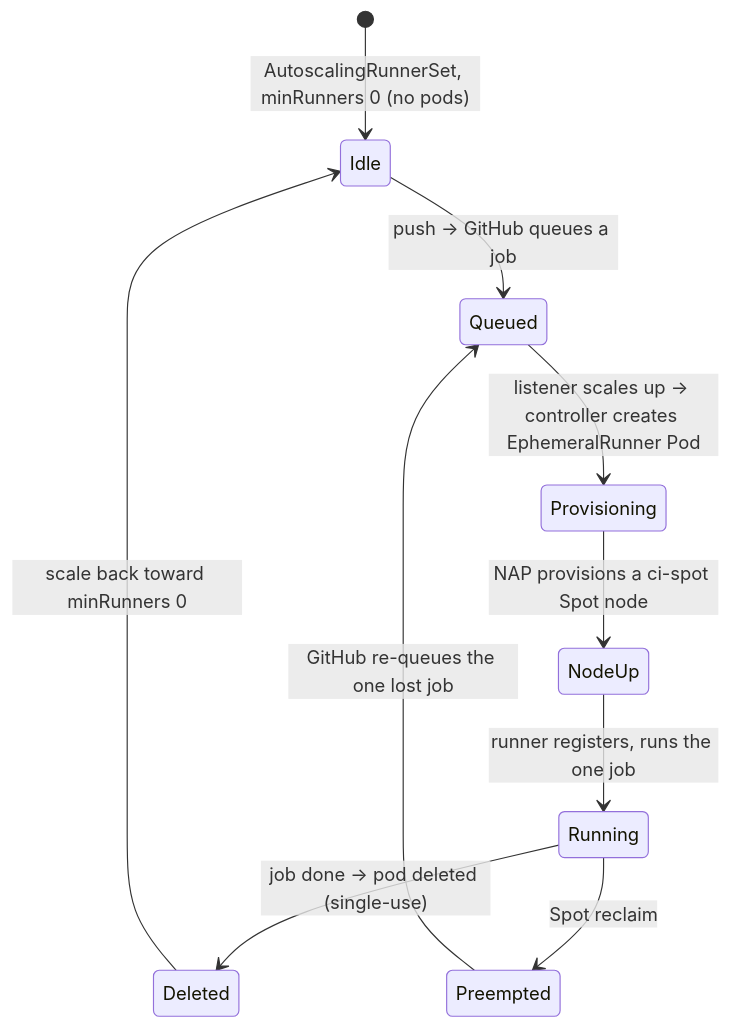
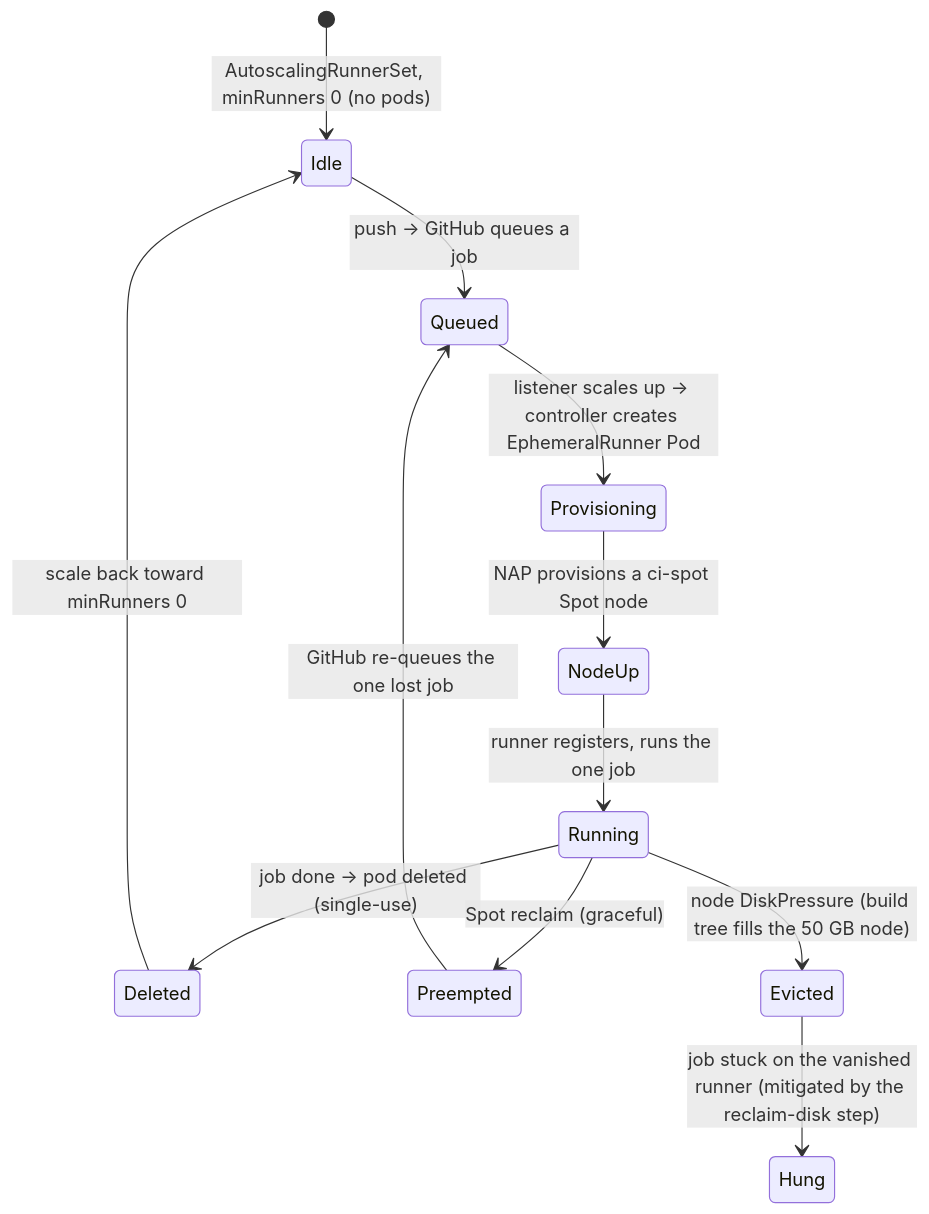
Before and after one commit to nubenetes/jenkins-2026: the third of 3 diagrams in docs/404-GITHUB_ACTIONS.md, drawn with Mermaid. The commit also changed other lines of this file and 2 other files, not shown here.

First line of the commit message:
docs(gha): document the ARC runner DiskPressure eviction + reclaim-disk fix (#541)

````diff
--- a/docs/404-GITHUB_ACTIONS.md
+++ b/docs/404-GITHUB_ACTIONS.md
@@ -325,12 +325,14 @@
 ```mermaid
 stateDiagram-v2
   [*] --> Idle: AutoscalingRunnerSet, minRunners 0 (no pods)
   Idle --> Queued: push → GitHub queues a job
   Queued --> Provisioning: listener scales up → controller creates EphemeralRunner Pod
   Provisioning --> NodeUp: NAP provisions a ci-spot Spot node
   NodeUp --> Running: runner registers, runs the one job
   Running --> Deleted: job done → pod deleted (single-use)
-  Running --> Preempted: Spot reclaim
+  Running --> Preempted: Spot reclaim (graceful)
   Preempted --> Queued: GitHub re-queues the one lost job
+  Running --> Evicted: node DiskPressure (build tree fills the 50 GB node)
+  Evicted --> Hung: job stuck on the vanished runner (mitigated by the reclaim-disk step)
   Deleted --> Idle: scale back toward minRunners 0
 ```
````
